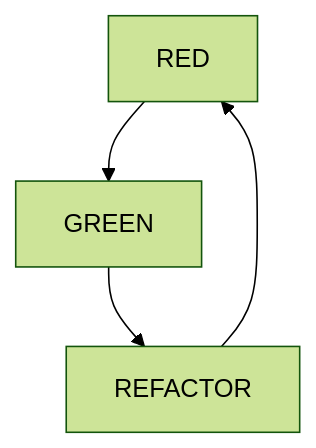
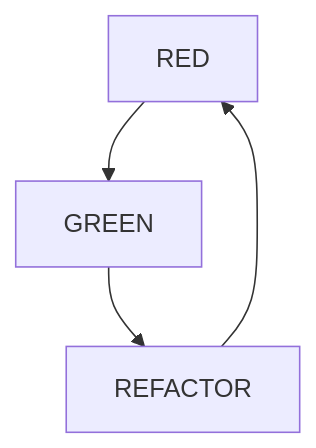
The diagram in README.md (segin-GH/TDD-4-Embedded), drawn with Mermaid before and after one commit.

````diff
--- a/README.md
+++ b/README.md
@@ -11,7 +11,5 @@
 ```mermaid
-
-%%{init: {'theme': 'forest', "flowchart" : { "curve" : "basis" } } }%%
 
 graph TD;
 RED-->GREEN-->REFACTOR-->RED
 ```
````
